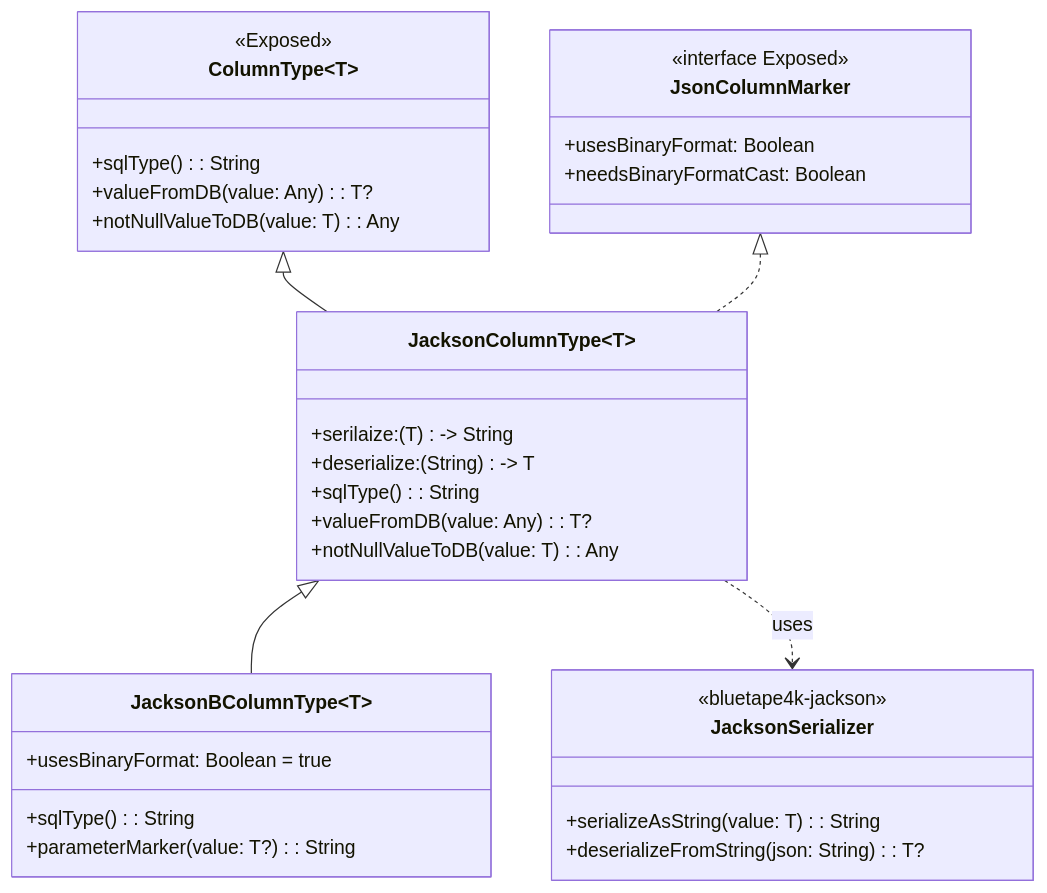
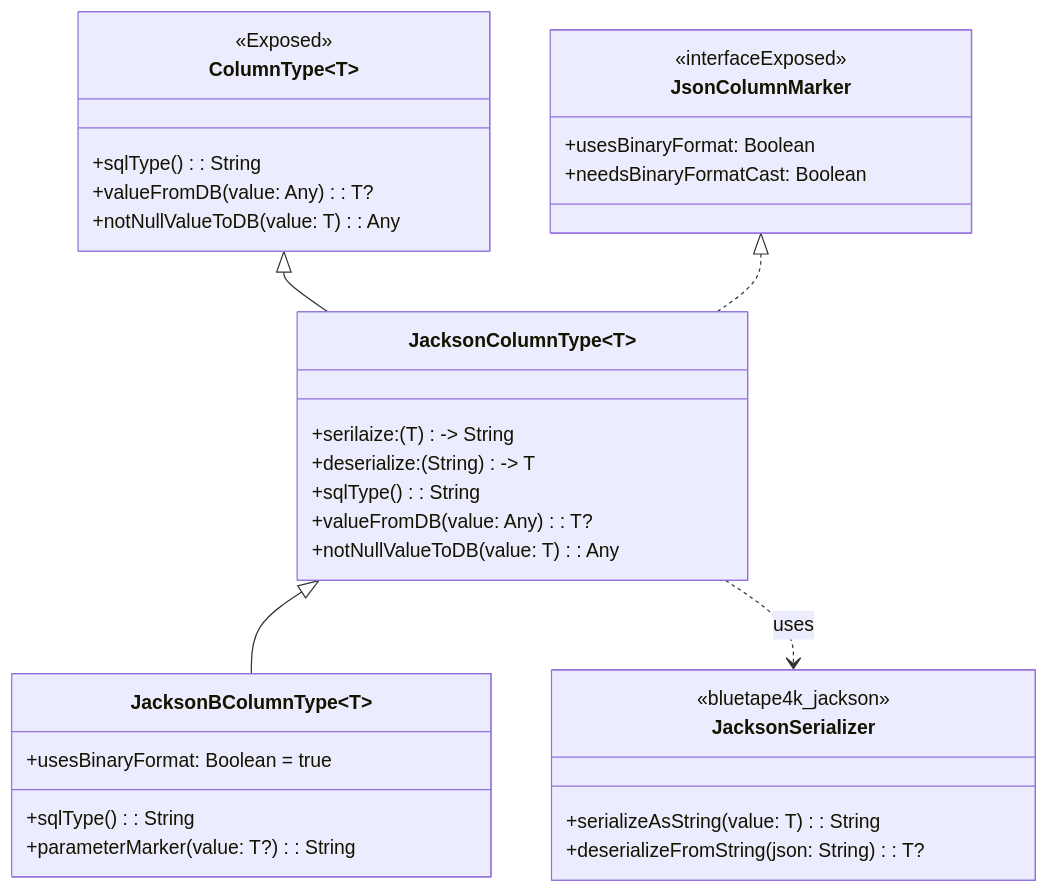
The second of 4 diagrams in data/exposed-jackson2/README.md (bluetape4k/bluetape4k-projects), drawn with Mermaid before and after one commit. The commit also changed other lines of this file and 95 other files, not shown here.

First line of the commit message:
docs: Mermaid 파서 오류 전체 수정 (IntelliJ IDEA 호환)

````diff
--- a/data/exposed-jackson2/README.md
+++ b/data/exposed-jackson2/README.md
@@ -141,38 +136,38 @@
 ```mermaid
 classDiagram
     class ColumnType~T~ {
         <<Exposed>>
         +sqlType(): String
         +valueFromDB(value: Any): T?
         +notNullValueToDB(value: T): Any
     }
     class JsonColumnMarker {
-        <<interface Exposed>>
+        <<interfaceExposed>>
         +usesBinaryFormat: Boolean
         +needsBinaryFormatCast: Boolean
     }
 
     class JacksonColumnType~T~ {
         +serilaize: (T) -> String
         +deserialize: (String) -> T
         +sqlType(): String
         +valueFromDB(value: Any): T?
         +notNullValueToDB(value: T): Any
     }
     class JacksonBColumnType~T~ {
         +usesBinaryFormat: Boolean = true
         +sqlType(): String
         +parameterMarker(value: T?): String
     }
 
     class JacksonSerializer {
-        <<bluetape4k-jackson>>
+        <<bluetape4k_jackson>>
         +serializeAsString(value: T): String
         +deserializeFromString(json: String): T?
     }
 
     ColumnType <|-- JacksonColumnType
     JsonColumnMarker <|.. JacksonColumnType
     JacksonColumnType <|-- JacksonBColumnType
     JacksonColumnType ..> JacksonSerializer : uses
 ```
````
